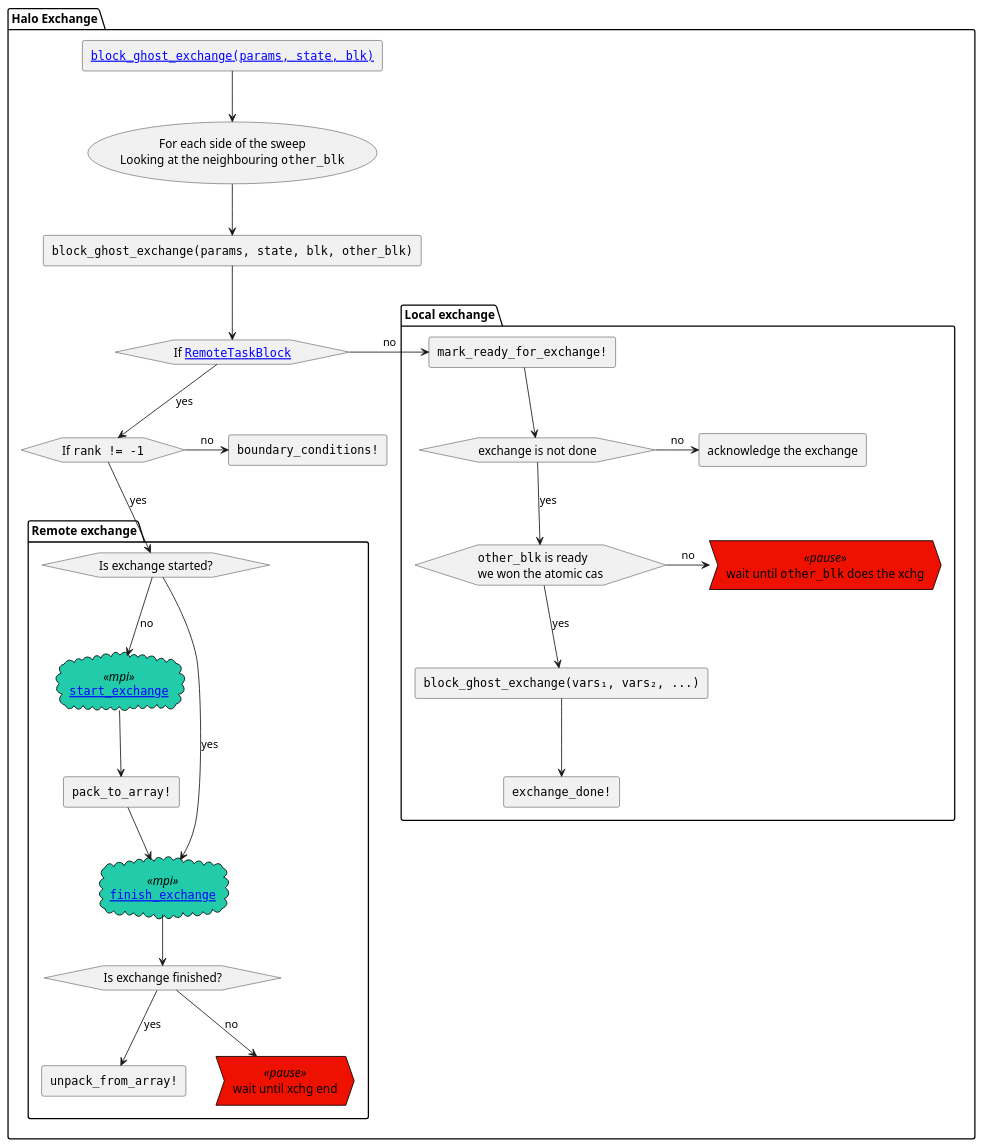
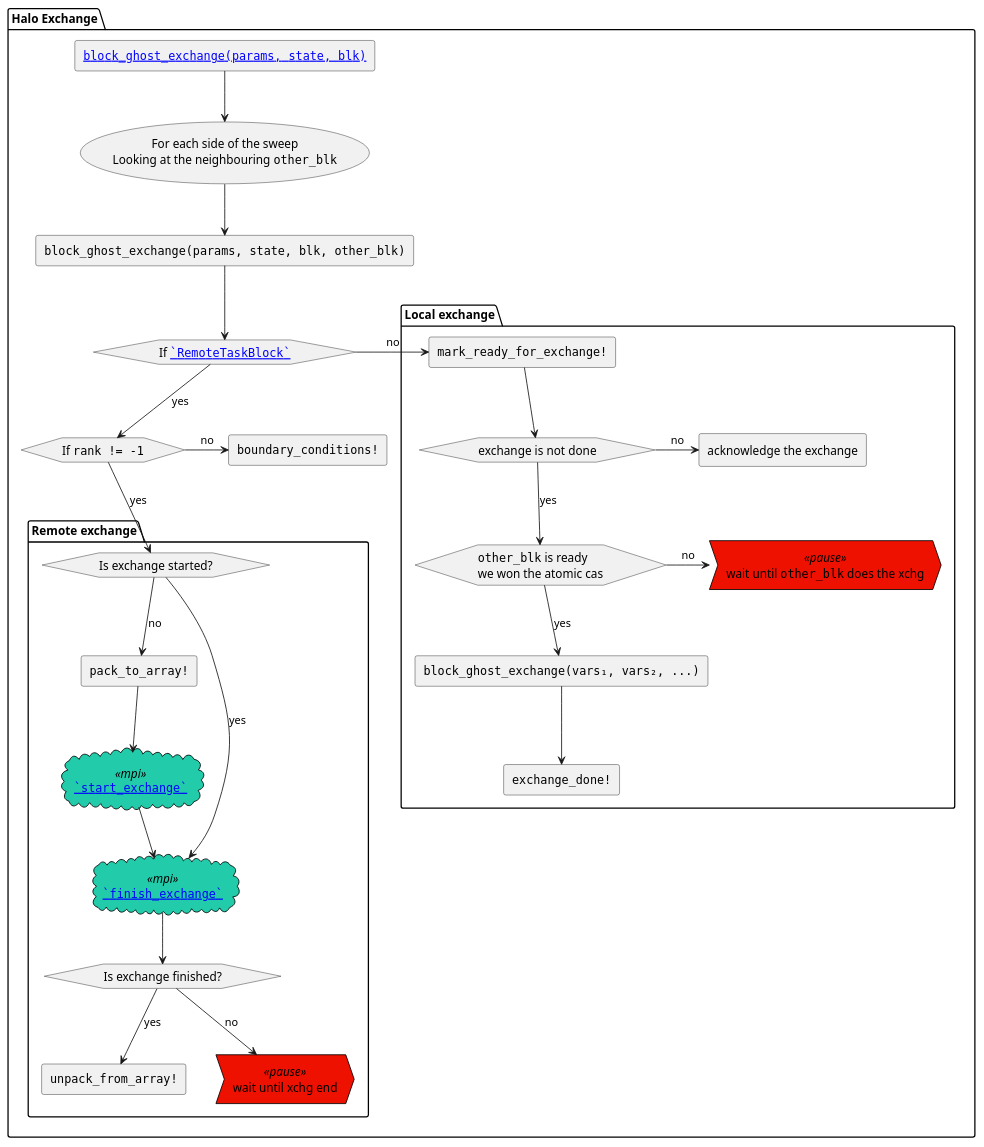
One commit to Keluaa/Armon.jl changed the diagram in previews/PR17/uml/halo_exchange.puml. Above: the diagram before and after it, drawn with PlantUML. The commit also changed 27 other files, not shown here.

```diff
--- a/previews/PR17/uml/halo_exchange.puml
+++ b/previews/PR17/uml/halo_exchange.puml
@@ -1,85 +1,85 @@
 @startuml Armon.jl#halo_exchange
 
 <style>
 .mpi {
   BackGroundColor #22ccaa
   LineThickness 1
   LineColor black
 }
 
 .pause {
   BackGroundColor #ee1100
   LineThickness 1
   LineColor black
 }
 </style>
 
 package "Halo Exchange" as pkg_halo_exchange {
 
-    rectangle """[["[`block_ghost_exchange`](@ref)" block_ghost_exchange(params, state, blk)]]""" as block_ghost_exchange
+    rectangle """[[`block_ghost_exchange` block_ghost_exchange(params, state, blk)]]""" as block_ghost_exchange
     usecase xchg_side_loop [
         For each side of the sweep
         Looking at the neighbouring ""other_blk""
     ]
     rectangle """block_ghost_exchange(params, state, blk, other_blk)""" as block_ghost_exchange_blk_other
 
     block_ghost_exchange --> xchg_side_loop
     xchg_side_loop --> block_ghost_exchange_blk_other
 
     package "Local exchange" {
         rectangle """mark_ready_for_exchange!""" as local_xchg_mark_ready
         hexagon cond_do_local_xchg [
             exchange is not done
         ]
         rectangle "acknowledge the exchange" as ack_local_xchg
         hexagon cond_local_xchg [
             ""other_blk"" is ready
             we won the atomic cas
         ]
         rectangle """block_ghost_exchange(vars₁, vars₂, ...)""" as block_ghost_exchange_blk_blk
         rectangle """exchange_done!""" as local_xchg_done
 
         process "wait until ""other_blk"" does the xchg" << pause >> as local_xchg_pause
 
         local_xchg_mark_ready --> cond_do_local_xchg
         cond_do_local_xchg -right-> ack_local_xchg : no
         cond_do_local_xchg --> cond_local_xchg : yes
         cond_local_xchg -right-> local_xchg_pause : no
         cond_local_xchg --> block_ghost_exchange_blk_blk : yes
         block_ghost_exchange_blk_blk --> local_xchg_done
     }
 
     package "Remote exchange" {
         hexagon "Is exchange started?" as cond_xchg_start
 
         rectangle """pack_to_array!""" as pack_to_array
         rectangle """unpack_from_array!""" as unpack_from_array
-        cloud """[["[`start_exchange`](@ref)" start_exchange]]""" << mpi >> as start_exchange
-        cloud """[["[`finish_exchange`](@ref)" finish_exchange]]""" << mpi >> as finish_exchange
+        cloud """[[`start_exchange`]]""" << mpi >> as start_exchange
+        cloud """[[`finish_exchange`]]""" << mpi >> as finish_exchange
 
         hexagon "Is exchange finished?" as cond_xchg_end
         process "wait until xchg end" << pause >> as xchg_pause
 
-        cond_xchg_start --> start_exchange : no
+        cond_xchg_start --> pack_to_array : no
         cond_xchg_start --> finish_exchange : yes
 
-        start_exchange --> pack_to_array
-        pack_to_array --> finish_exchange
+        pack_to_array --> start_exchange
+        start_exchange --> finish_exchange
         finish_exchange --> cond_xchg_end
 
         cond_xchg_end --> xchg_pause : no
         cond_xchg_end --> unpack_from_array : yes
     }
 
-    hexagon "If ""[["[`RemoteTaskBlock`](@ref)" RemoteTaskBlock]]""" as cond_remote
+    hexagon "If ""[[`RemoteTaskBlock`]]""" as cond_remote
     hexagon "If ""rank != -1""" as cond_global_bc
     rectangle """boundary_conditions!""" as global_bc
 
     block_ghost_exchange_blk_other --> cond_remote
     cond_remote --> cond_global_bc : yes
     cond_remote -right-> local_xchg_mark_ready : no
     cond_global_bc --> cond_xchg_start : yes
     cond_global_bc -right-> global_bc : no
 }
 
 @enduml
```
